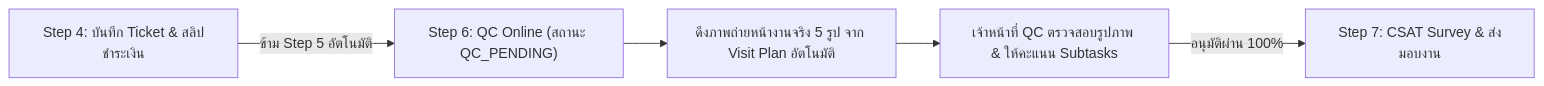
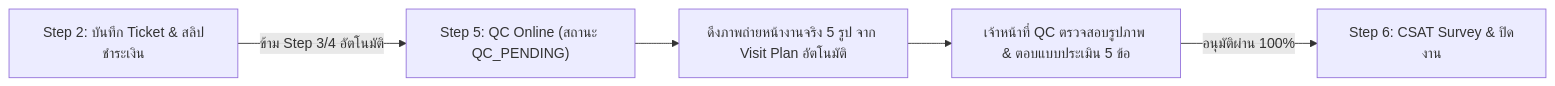
Before and after one commit to isarachootip/pmt_flow: the third of 5 diagrams in doc/คู่มือการใช้งาน_Step6_ตรวจรับรองคุณภาพQC.md, drawn with Mermaid. The commit also changed other lines of this file and 9 other files, not shown here.

Commit message:
refactor(pipeline): merge step 2 & 3 into 6-step pipeline, separate CSAT & MA, update documentation

````diff
--- a/doc/คู่มือการใช้งาน_Step6_ตรวจรับรองคุณภาพQC.md
+++ b/doc/คู่มือการใช้งาน_Step6_ตรวจรับรองคุณภาพQC.md
@@ -99,7 +99,7 @@
 ```mermaid
 graph LR
-    S4["Step 4: บันทึก Ticket & สลิปชำระเงิน"] -->|ข้าม Step 5 อัตโนมัติ| QC["Step 6: QC Online (สถานะ QC_PENDING)"]
+    S2["Step 2: บันทึก Ticket & สลิปชำระเงิน"] -->|ข้าม Step 3/4 อัตโนมัติ| QC["Step 5: QC Online (สถานะ QC_PENDING)"]
     QC --> VP["ดึงภาพถ่ายหน้างานจริง 5 รูป จาก Visit Plan อัตโนมัติ"]
-    VP --> Review["เจ้าหน้าที่ QC ตรวจสอบรูปภาพ & ให้คะแนน Subtasks"]
-    Review -->|อนุมัติผ่าน 100%| CSAT["Step 7: CSAT Survey & ส่งมอบงาน"]
+    VP --> Review["เจ้าหน้าที่ QC ตรวจสอบรูปภาพ & ตอบแบบประเมิน 5 ข้อ"]
+    Review -->|อนุมัติผ่าน 100%| CSAT["Step 6: CSAT Survey & ปิดงาน"]
 ```
````
